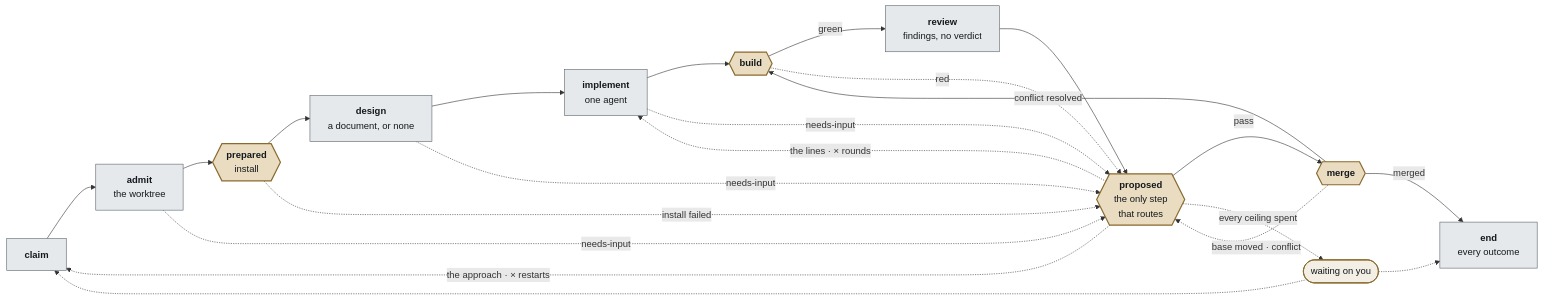
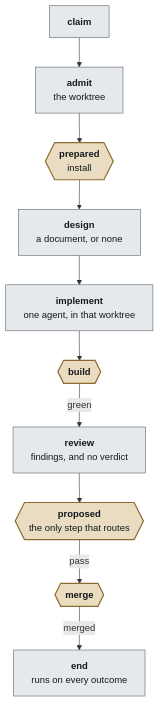
One commit to steven-zhc/lingtai changed the first of 2 diagrams in doc/decisions/0058-lingtai-is-a-development-pipeline.md. Above: the diagram before and after it, drawn with Mermaid. The commit also changed other lines of this file, not shown here.

Commit message:
0058: two drawings, because the order and the routing were two facts fighting for one picture
Six long edges converging on proposed from every rank of the spine bent the
spine into a zigzag, in TB and in LR alike, and left the order — the thing the
first drawing exists to show — unreadable. So the spine is a straight line with
nothing else on it, and what proposed does with a step that did not pass is its
own figure, which is also how §3b and §3c already divide the prose.

Claude-Session: https://claude.ai/code/session_0117TacqJzPfdv8RhKVhVskm

````diff
--- a/doc/decisions/0058-lingtai-is-a-development-pipeline.md
+++ b/doc/decisions/0058-lingtai-is-a-development-pipeline.md
@@ -209,39 +211,17 @@
 ```mermaid
-flowchart LR
-  CL["<b>claim</b>"]
-  AD["<b>admit</b><br/>the worktree"]
-  PR{{"<b>prepared</b><br/>install"}}
-  DS["<b>design</b><br/>a document, or none"]
-  IM["<b>implement</b><br/>one agent"]
-  BU{{"<b>build</b>"}}
-  RV["<b>review</b><br/>findings, no verdict"]
-  PO{{"<b>proposed</b><br/>the only step<br/>that routes"}}
-  MG{{"<b>merge</b>"}}
-  EN["<b>end</b><br/>every outcome"]
-  WA(["waiting on you"])
-
-  CL --> AD --> PR --> DS --> IM --> BU
-  BU -->|green| RV --> PO
-  PO -->|pass| MG -->|merged| EN
-
-  AD -.->|needs-input| PO
-  PR -.->|"install failed"| PO
-  DS -.->|needs-input| PO
-  IM -.->|needs-input| PO
-  BU -.->|red| PO
-  MG -.->|"base moved · conflict"| PO
-  MG -->|"conflict resolved"| BU
-
-  PO -.->|"the lines · × rounds"| IM
-  PO -.->|"the approach · × restarts"| CL
-  PO -.->|"every ceiling spent"| WA
-  WA -.-> CL
-  WA -.-> EN
+flowchart TB
+  CL["<b>claim</b>"] --> AD["<b>admit</b><br/>the worktree"]
+  AD --> PR{{"<b>prepared</b><br/>install"}}
+  PR --> DS["<b>design</b><br/>a document, or none"]
+  DS --> IM["<b>implement</b><br/>one agent, in that worktree"]
+  IM --> BU{{"<b>build</b>"}}
+  BU -->|green| RV["<b>review</b><br/>findings, and no verdict"]
+  RV --> PO{{"<b>proposed</b><br/>the only step that routes"}}
+  PO -->|pass| MG{{"<b>merge</b>"}}
+  MG -->|merged| EN["<b>end</b><br/>runs on every outcome"]
 
   classDef gate fill:#e9dcc0,stroke:#8a6a2e,stroke-width:2px,color:#14181c;
   classDef core fill:#e6e9ec,stroke:#5c646d,color:#14181c;
-  classDef back fill:#f3efe4,stroke:#8a6a2e,stroke-width:1.5px,color:#14181c;
   class PR,BU,PO,MG gate;
   class CL,AD,DS,IM,RV,EN core;
-  class WA back;
 ```
````
